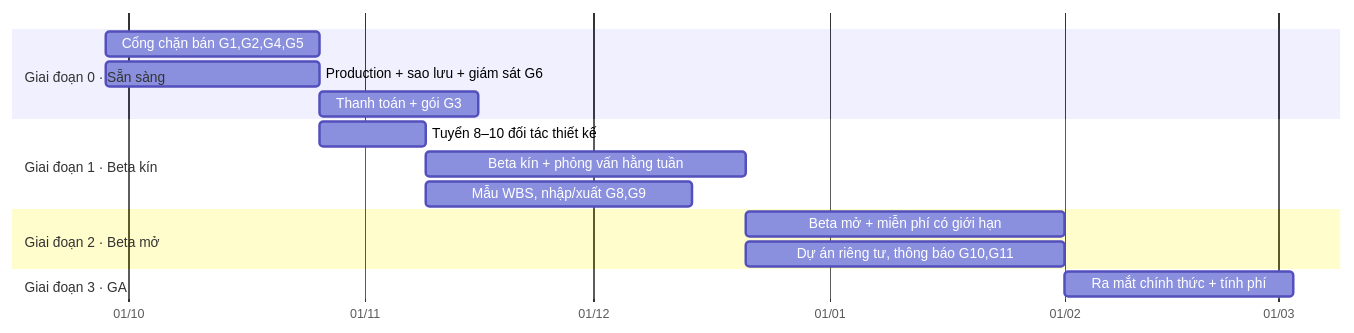
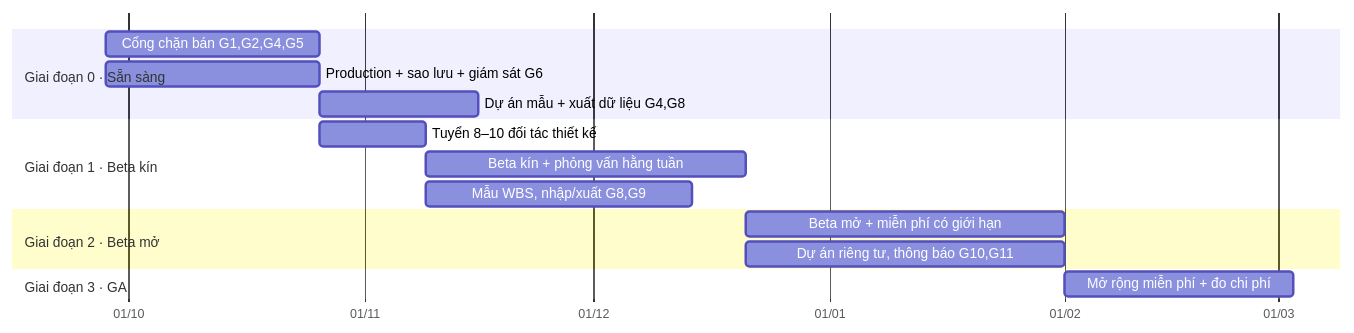
Before and after one commit to greyhub/pmtool: the diagram in docs/gtm.md, drawn with Mermaid. The commit also changed other lines of this file and 25 other files, not shown here.

````diff
--- a/docs/gtm.md
+++ b/docs/gtm.md
@@ -84,18 +107,18 @@
 ```mermaid
 gantt
     dateFormat  YYYY-MM-DD
     axisFormat  %d/%m
     section Giai đoạn 0 · Sẵn sàng
     Cổng chặn bán G1,G2,G4,G5     :g0a, 2026-09-28, 28d
     Production + sao lưu + giám sát G6 :g0b, 2026-09-28, 28d
-    Thanh toán + gói G3            :g0c, after g0a, 21d
+    Dự án mẫu + xuất dữ liệu G4,G8 :g0c, after g0a, 21d
     section Giai đoạn 1 · Beta kín
     Tuyển 8–10 đối tác thiết kế    :g1a, 2026-10-26, 14d
     Beta kín + phỏng vấn hằng tuần :g1b, after g1a, 42d
     Mẫu WBS, nhập/xuất G8,G9       :g1c, 2026-11-09, 35d
     section Giai đoạn 2 · Beta mở
     Beta mở + miễn phí có giới hạn :g2a, 2026-12-21, 42d
     Dự án riêng tư, thông báo G10,G11 :g2b, 2026-12-21, 42d
     section Giai đoạn 3 · GA
-    Ra mắt chính thức + tính phí   :g3a, 2027-02-01, 30d
+    Mở rộng miễn phí + đo chi phí  :g3a, 2027-02-01, 30d
 ```
````
